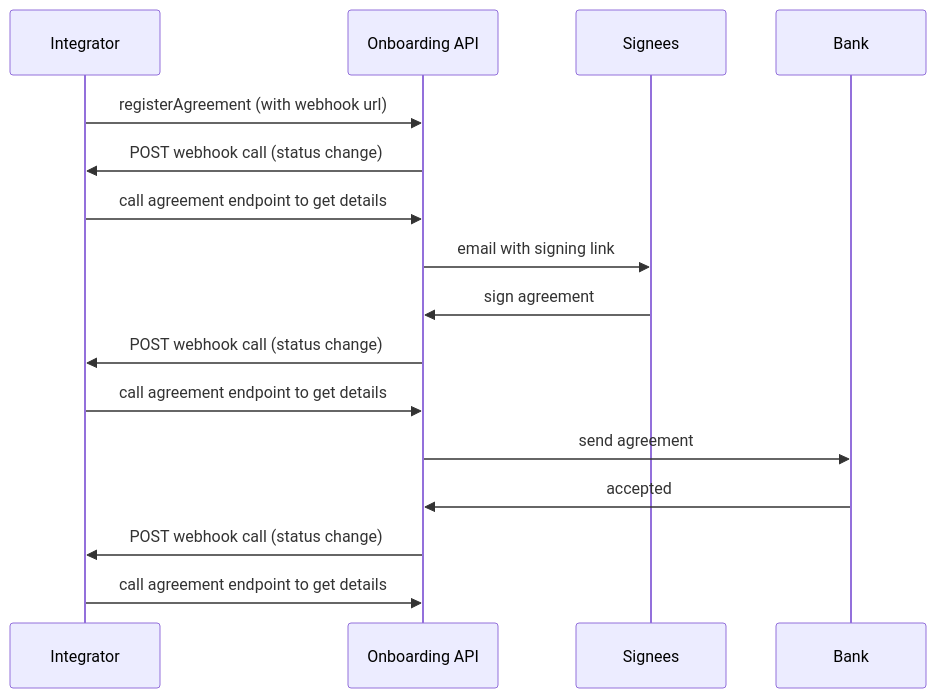
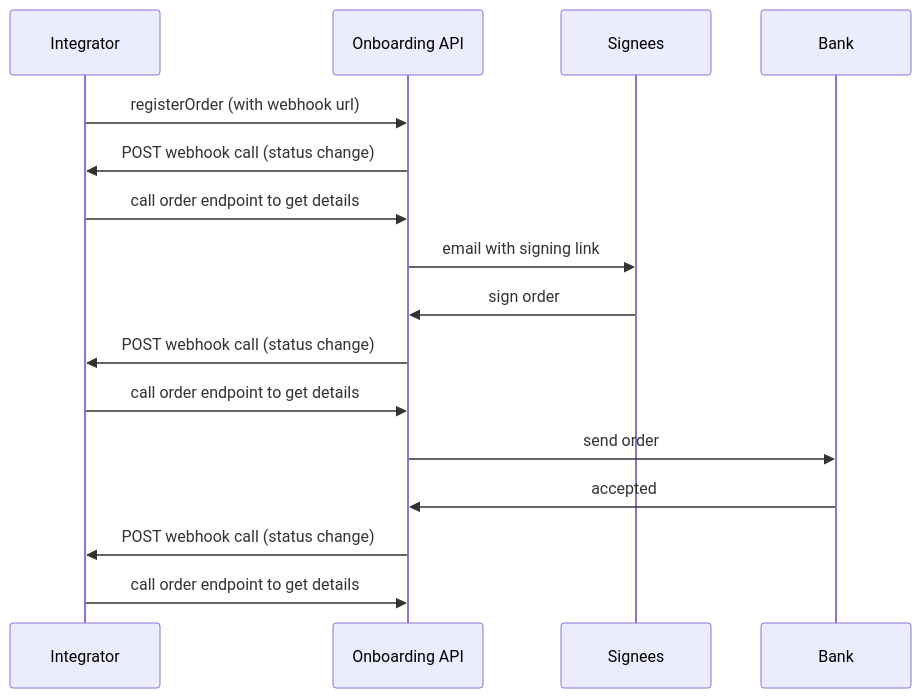
One commit to BankAxept/bankaxept-onboarding-external-documentation changed the diagram in docs/webhooks.md. Above: the diagram before and after it, drawn with Mermaid. The commit also changed other lines of this file and 3 other files, not shown here.

````diff
--- a/docs/webhooks.md
+++ b/docs/webhooks.md
@@ -27,18 +27,18 @@
 ```mermaid
 sequenceDiagram
     participant Integrator
     participant Onboarding API
     participant Signees
     participant Bank
-    Integrator->>Onboarding API: registerAgreement (with webhook url)
+    Integrator->>Onboarding API: registerOrder (with webhook url)
     Onboarding API->>Integrator: POST webhook call (status change)
-    Integrator->>Onboarding API: call agreement endpoint to get details
+    Integrator->>Onboarding API: call order endpoint to get details
     Onboarding API->>Signees: email with signing link
-    Signees->>Onboarding API: sign agreement
+    Signees->>Onboarding API: sign order
     Onboarding API->>Integrator: POST webhook call (status change)
-    Integrator->>Onboarding API: call agreement endpoint to get details
-    Onboarding API->>Bank: send agreement
+    Integrator->>Onboarding API: call order endpoint to get details
+    Onboarding API->>Bank: send order
     Bank->>Onboarding API: accepted
     Onboarding API->>Integrator: POST webhook call (status change)
-    Integrator->>Onboarding API: call agreement endpoint to get details
+    Integrator->>Onboarding API: call order endpoint to get details
 ```
````
